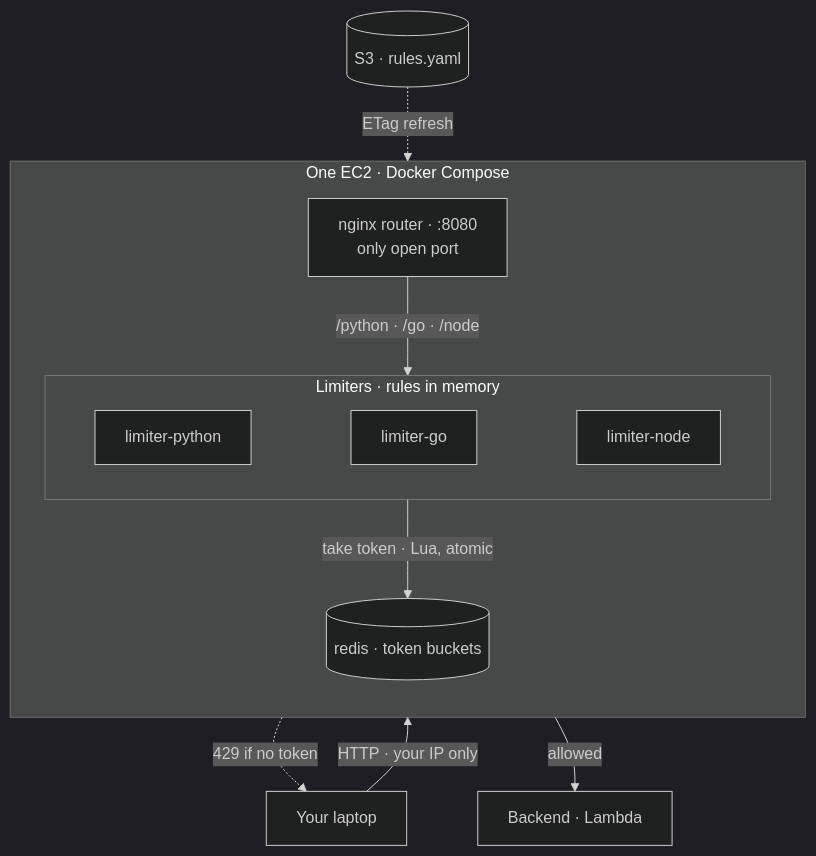
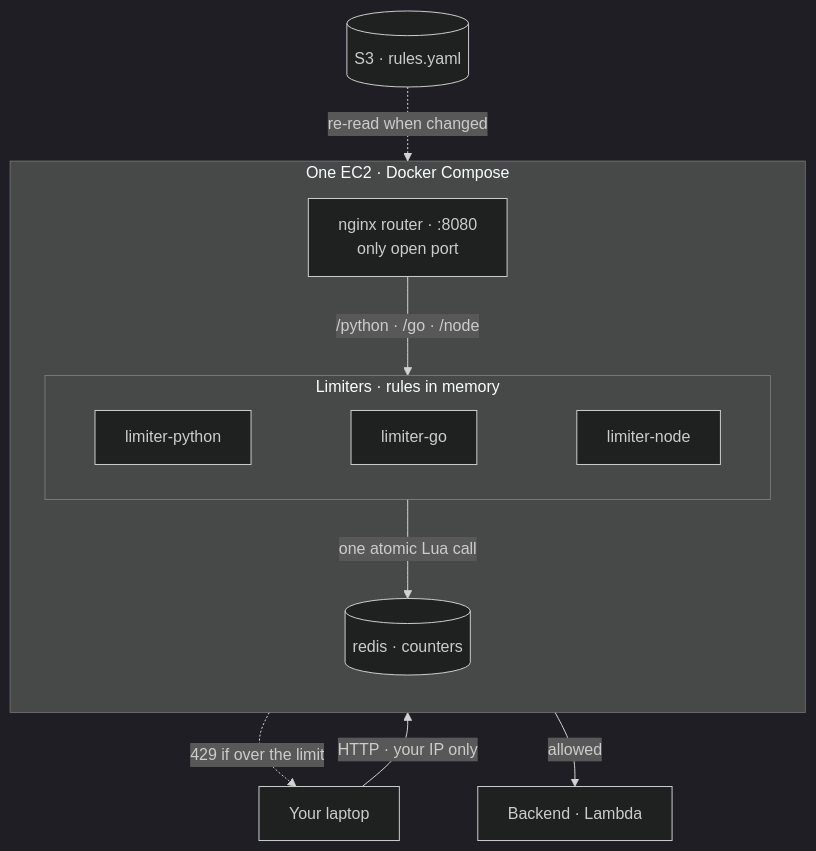
The diagram in projects/03-rate-limiter/README.md (TareDevarsh/AWS-cloudformation-projects), drawn with Mermaid (dark theme) before and after one commit. The commit also changed other lines of this file and 7 other files, not shown here.

Commit message:
03-rate-limiter: simplify docs (tables, diagrams, plain language), update documentation map

````diff
--- a/projects/03-rate-limiter/README.md
+++ b/projects/03-rate-limiter/README.md
@@ -36,19 +33,19 @@
 ```mermaid
 flowchart TB
     Client[Your laptop]
     subgraph EC2["One EC2 · Docker Compose"]
         direction TB
         Router[nginx router · :8080<br/>only open port]
         subgraph LIM["Limiters · rules in memory"]
             direction LR
             PY[limiter-python] ~~~ GO[limiter-go] ~~~ ND[limiter-node]
         end
-        Redis[(redis · token buckets)]
+        Redis[(redis · counters)]
         Router -- "/python · /go · /node" --> LIM
-        LIM -- "take token · Lua, atomic" --> Redis
+        LIM -- "one atomic Lua call" --> Redis
     end
     Client -- "HTTP · your IP only" --> Router
-    Router -. "429 if no token" .-> Client
+    Router -. "429 if over the limit" .-> Client
     LIM -- "allowed" --> Backend[Backend · Lambda]
-    S3[(S3 · rules.yaml)] -. "ETag refresh" .-> LIM
+    S3[(S3 · rules.yaml)] -. "re-read when changed" .-> LIM
 ```
````
